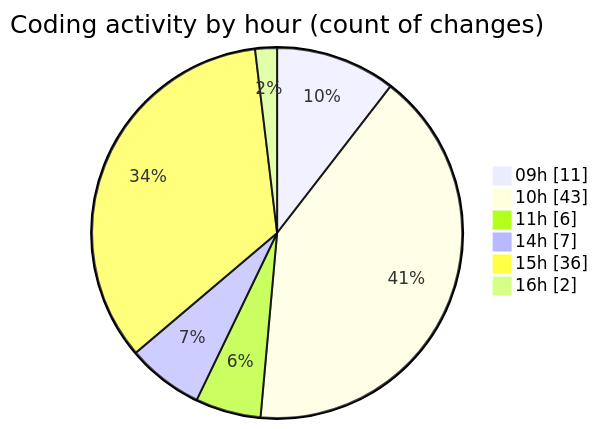
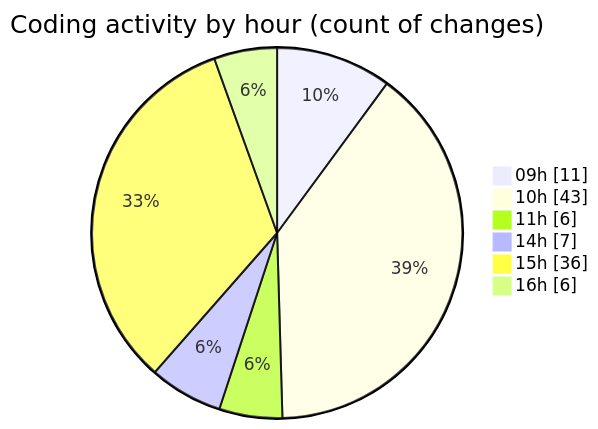
Before and after one commit to CELIANVF/code-tracking: the second of 2 diagrams in 2025-05-27/ecodeli-1/README.md, drawn with Mermaid. The commit also changed other lines of this file and 1 other file, not shown here.

````diff
--- a/2025-05-27/ecodeli-1/README.md
+++ b/2025-05-27/ecodeli-1/README.md
@@ -60,10 +60,10 @@
 ```mermaid
 pie showData
 title Coding activity by hour (count of changes)
 "09h" : 11
 "10h" : 43
 "11h" : 6
 "14h" : 7
 "15h" : 36
-"16h" : 2
+"16h" : 6
 ```
````
